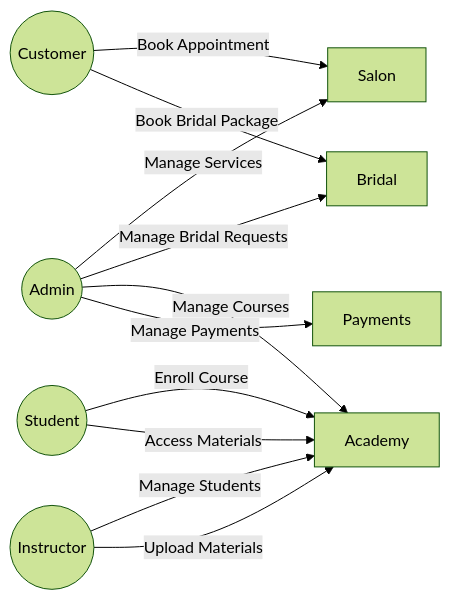
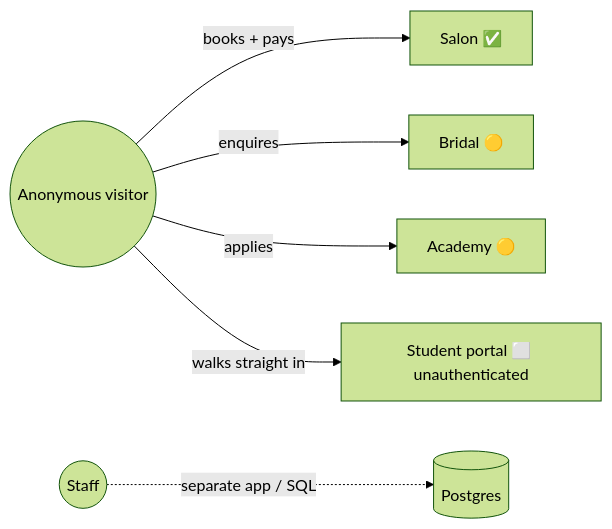
Before and after one commit to Likewise-Groups/erniekay: the ninth of 10 diagrams in README.md, drawn with Mermaid (forest theme). The commit also changed other lines of this file, not shown here.

````diff
--- a/README.md
+++ b/README.md
@@ -52,22 +340,10 @@
 ```mermaid
 flowchart LR
+    Visitor((Anonymous visitor))
+    Visitor -->|books + pays| Salon["Salon ✅"]
+    Visitor -->|enquires| Bridal["Bridal 🟡"]
+    Visitor -->|applies| Academy["Academy 🟡"]
+    Visitor -->|walks straight in| Portal["Student portal ⬜ unauthenticated"]
 
-    Admin((Admin))
-    Customer((Customer))
-    Student((Student))
-    Instructor((Instructor))
-
-    Customer -->|Book Appointment| Salon
-    Customer -->|Book Bridal Package| Bridal
-
-    Student -->|Enroll Course| Academy
-    Student -->|Access Materials| Academy
-
-    Instructor -->|Manage Students| Academy
-    Instructor -->|Upload Materials| Academy
-
-    Admin -->|Manage Services| Salon
-    Admin -->|Manage Bridal Requests| Bridal
-    Admin -->|Manage Courses| Academy
-    Admin -->|Manage Payments| Payments
+    Staff((Staff)) -.->|separate app / SQL| DB[("Postgres")]
 ```
````
